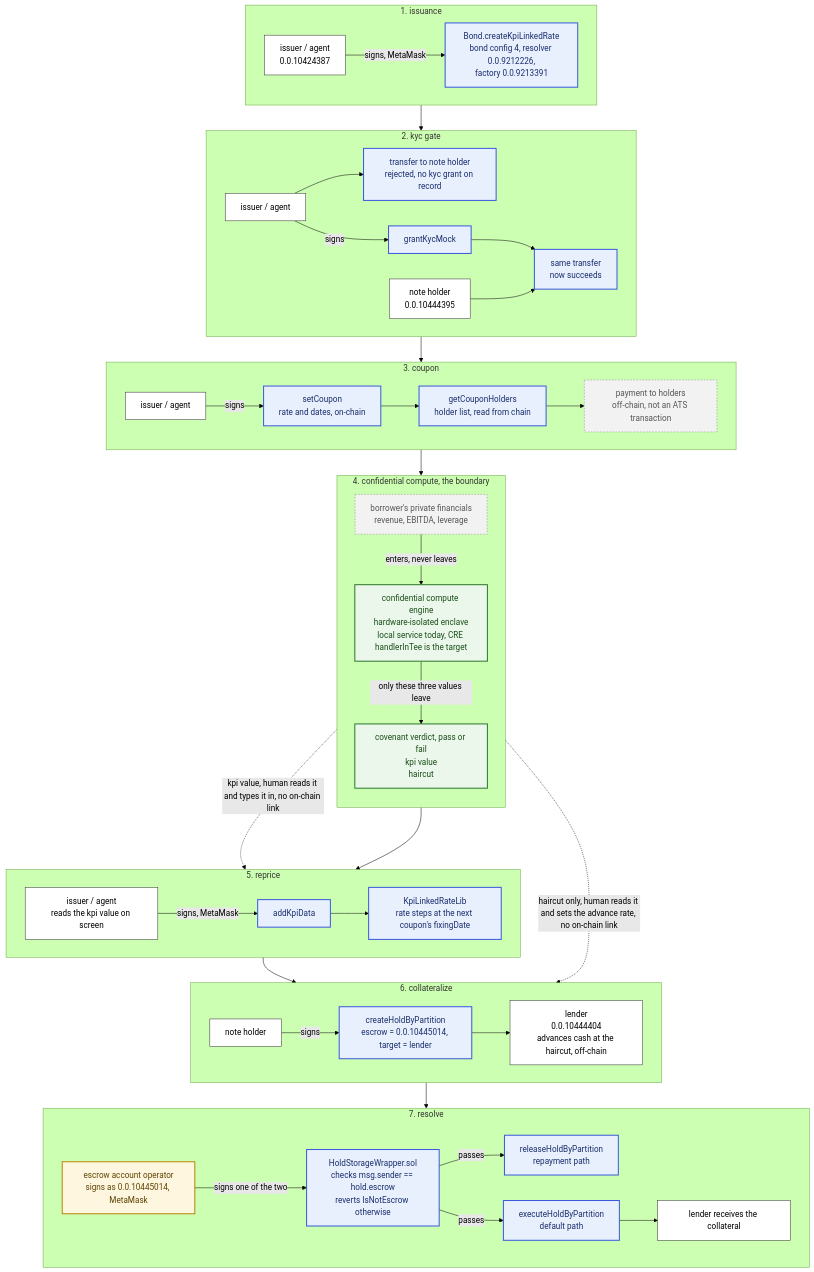
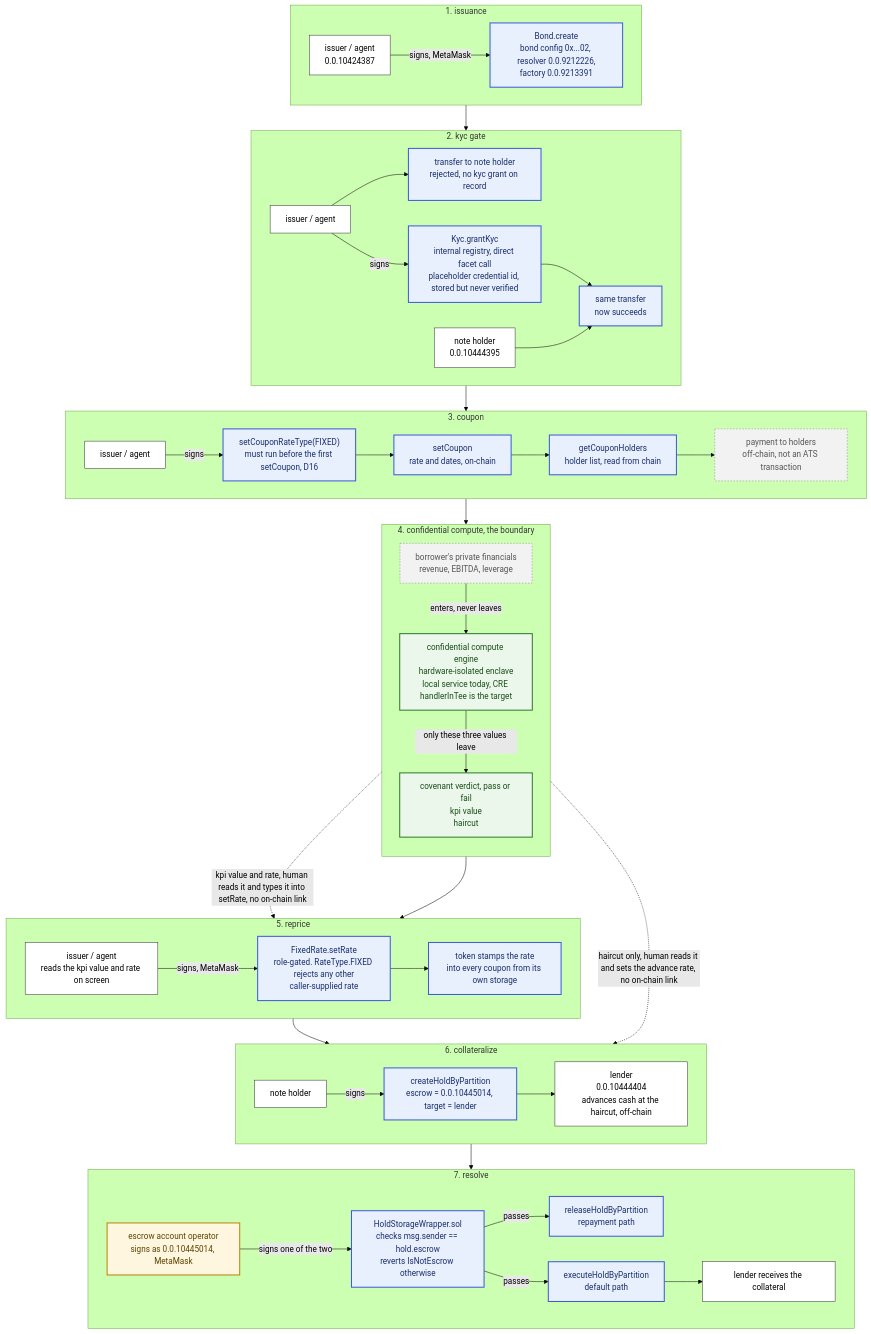
Before and after one commit to 0xNike/covenant: the diagram in docs/architecture.md, drawn with Mermaid (forest theme). The commit also changed other lines of this file and 3 other files, not shown here.

First line of the commit message:
docs: correct the architecture diagram and README, land the video plan

```diff
--- a/docs/architecture.md
+++ b/docs/architecture.md
@@ -23,7 +23,7 @@
     subgraph S1["1. issuance"]
         direction LR
         AG1["issuer / agent<br/>0.0.10424387"]:::party
-        TX1["Bond.createKpiLinkedRate<br/>bond config 4, resolver 0.0.9212226,<br/>factory 0.0.9213391"]:::chain
+        TX1["Bond.create<br/>bond config 0x...02, resolver 0.0.9212226,<br/>factory 0.0.9213391"]:::chain
         AG1 -->|signs, MetaMask| TX1
     end
 
@@ -33,7 +33,7 @@
         AG2["issuer / agent"]:::party
         NH2["note holder<br/>0.0.10444395"]:::party
         BLOCK2["transfer to note holder<br/>rejected, no kyc grant on record"]:::chain
-        GRANT2["grantKycMock"]:::chain
+        GRANT2["Kyc.grantKyc<br/>internal registry, direct facet call<br/>placeholder credential id, stored but never verified"]:::chain
         OK2["same transfer<br/>now succeeds"]:::chain
         AG2 --> BLOCK2
         AG2 -->|signs| GRANT2 --> OK2
@@ -46,10 +46,11 @@
     subgraph S3["3. coupon"]
         direction LR
         AG3["issuer / agent"]:::party
+        TYPE3["setCouponRateType(FIXED)<br/>must run before the first setCoupon, D16"]:::chain
         TERMS3["setCoupon<br/>rate and dates, on-chain"]:::chain
         LIST3["getCouponHolders<br/>holder list, read from chain"]:::chain
         PAY3["payment to holders<br/>off-chain, not an ATS transaction"]:::hidden
-        AG3 -->|signs| TERMS3 --> LIST3 --> PAY3
+        AG3 -->|signs| TYPE3 --> TERMS3 --> LIST3 --> PAY3
     end
 
     S2 --> S3
@@ -69,13 +70,13 @@
     %% ---- stage 5: reprice ----
     subgraph S5["5. reprice"]
         direction LR
-        AG5["issuer / agent<br/>reads the kpi value on screen"]:::party
-        KPI5["addKpiData"]:::chain
-        RATE5["KpiLinkedRateLib<br/>rate steps at the next coupon's fixingDate"]:::chain
-        AG5 -->|signs, MetaMask| KPI5 --> RATE5
+        AG5["issuer / agent<br/>reads the kpi value and rate on screen"]:::party
+        RATE5["FixedRate.setRate<br/>role-gated. RateType.FIXED rejects any other<br/>caller-supplied rate"]:::chain
+        STAMP5["token stamps the rate<br/>into every coupon from its own storage"]:::chain
+        AG5 -->|signs, MetaMask| RATE5 --> STAMP5
     end
 
-    OUT4 -.->|kpi value, human reads it and types it in, no on-chain link| AG5
+    OUT4 -.->|kpi value and rate, human reads it and types it into setRate, no on-chain link| AG5
     S4 --> S5
 
     %% ---- stage 6: collateralize ----
```
